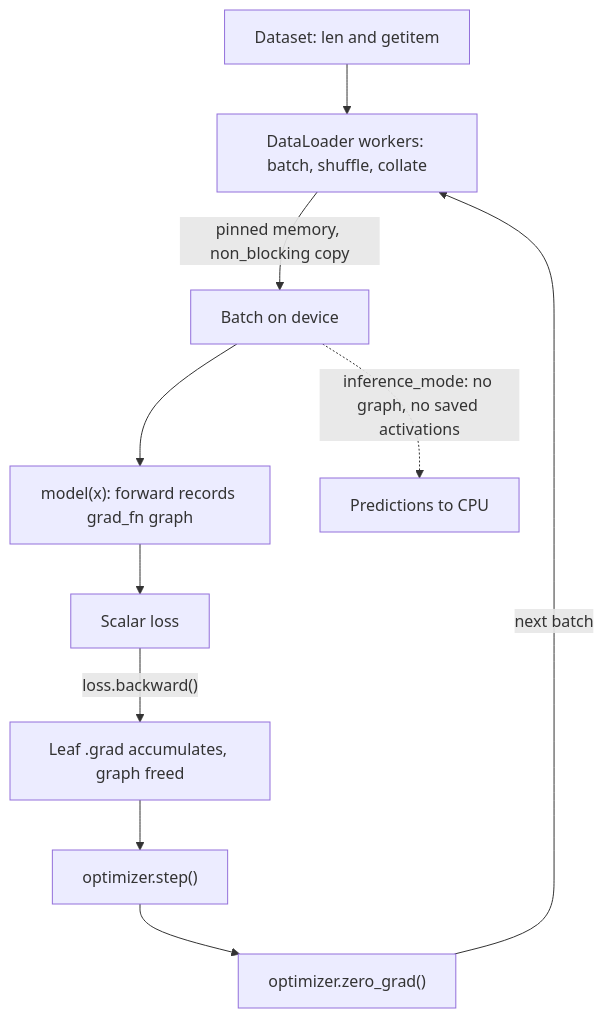
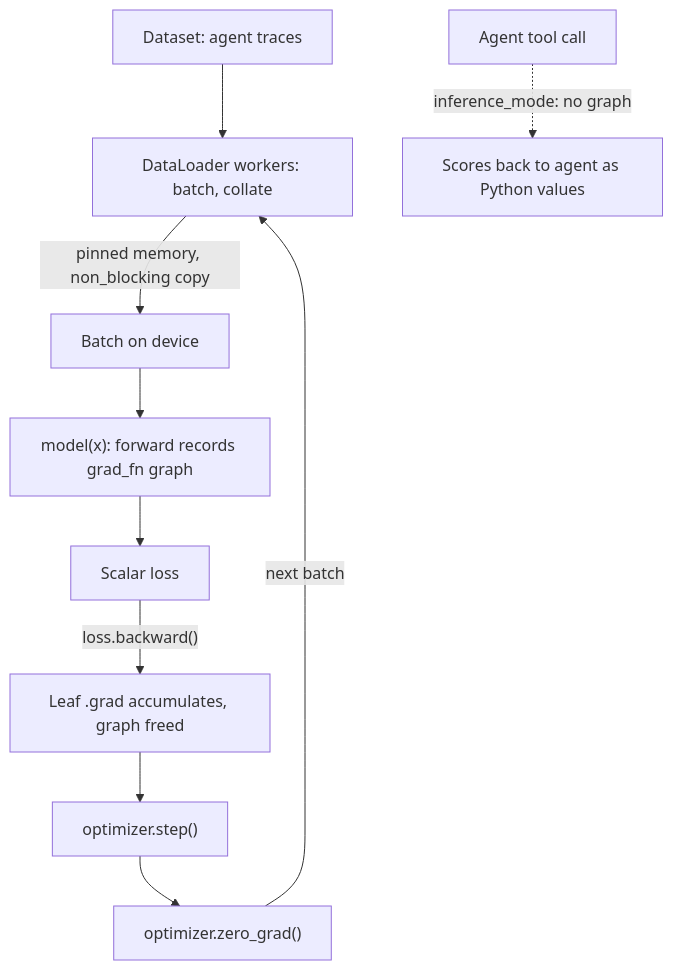
One commit to lovishmahajan97/agentic-learning changed the diagram in content/python-for-ai/pytorch.md. Above: the diagram before and after it, drawn with Mermaid. The commit also changed other lines of this file and 266 other files, not shown here.

````diff
--- a/content/python-for-ai/pytorch.md
+++ b/content/python-for-ai/pytorch.md
@@ -130,12 +155,12 @@
 ```mermaid
 flowchart TD
-    DS["Dataset: len and getitem"] --> DL["DataLoader workers: batch, shuffle, collate"]
+    DS["Dataset: agent traces"] --> DL["DataLoader workers: batch, collate"]
     DL -->|"pinned memory, non_blocking copy"| DEV["Batch on device"]
     DEV --> F["model(x): forward records grad_fn graph"]
     F --> L["Scalar loss"]
     L -->|"loss.backward()"| G["Leaf .grad accumulates, graph freed"]
     G --> O["optimizer.step()"]
     O --> Z["optimizer.zero_grad()"]
     Z -->|"next batch"| DL
-    DEV -.->|"inference_mode: no graph, no saved activations"| P["Predictions to CPU"]
+    T["Agent tool call"] -.->|"inference_mode: no graph"| P["Scores back to agent as Python values"]
 ```
````
